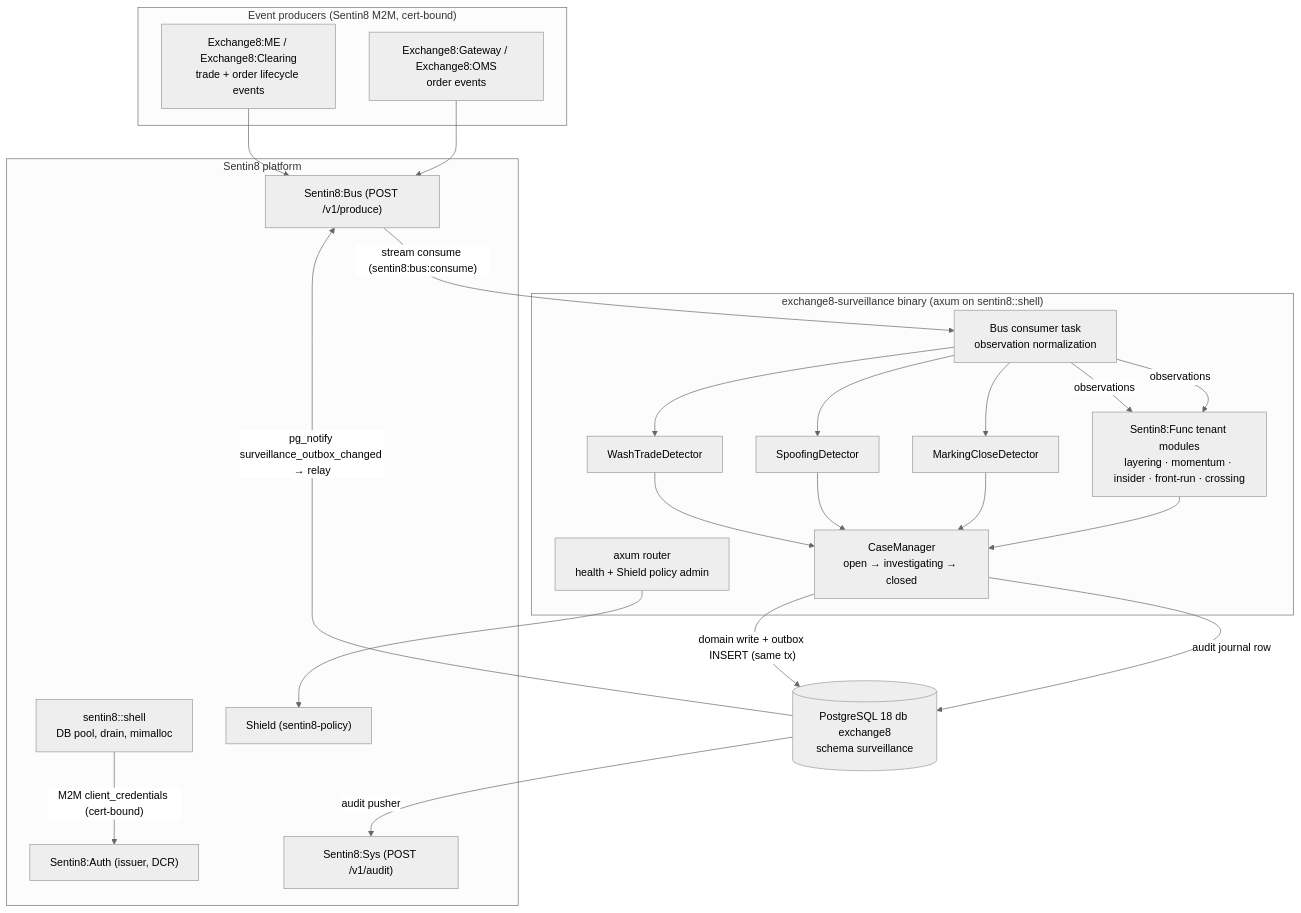
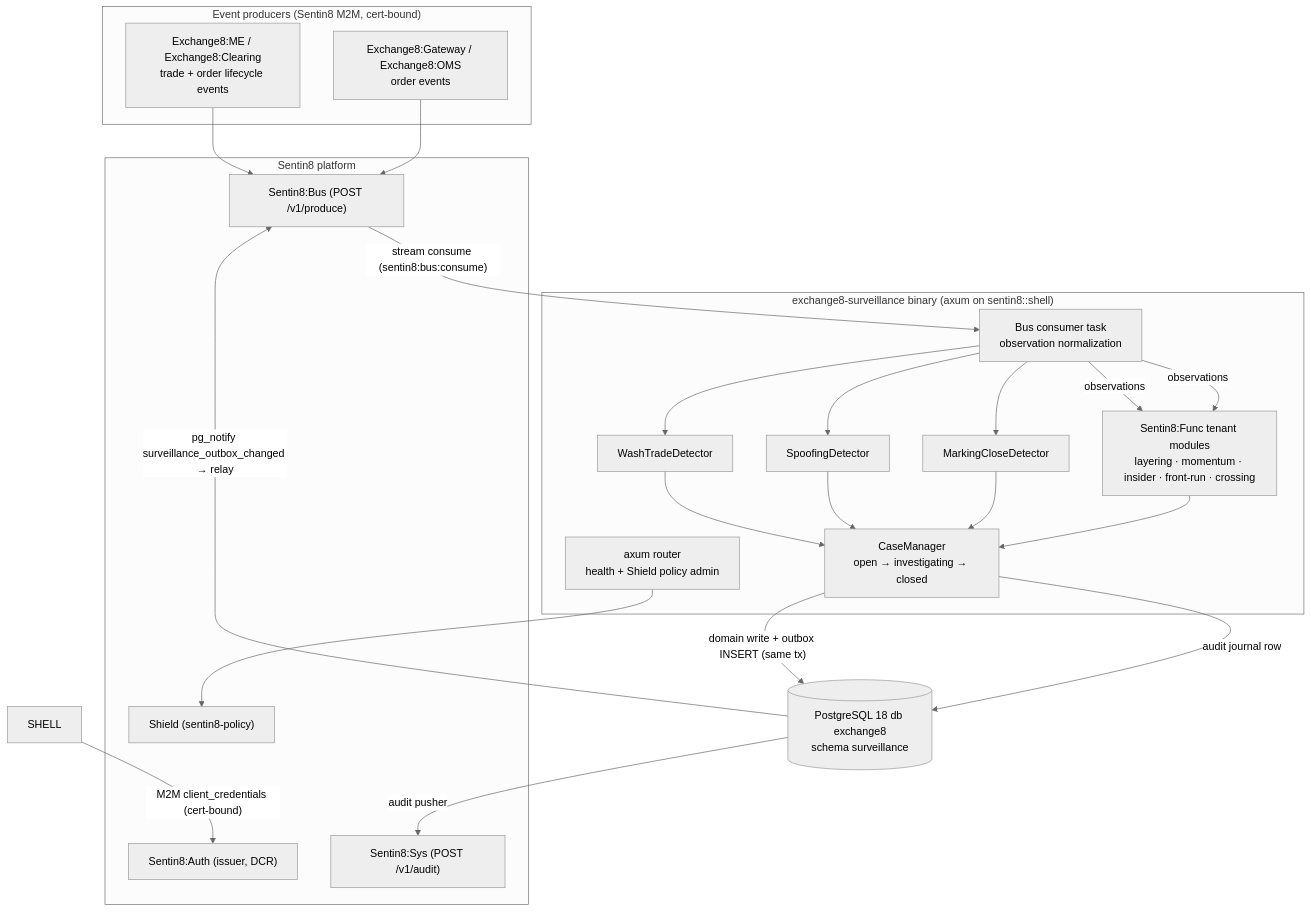
Before and after one commit to Exchange8-dev/exchange8-surveillance: the diagram in README.md, drawn with Mermaid (neutral theme). The commit also changed other lines of this file and 2 other files, not shown here.

Commit message:
TELESEED-1: declare the service's stat telemetry property
The Shield stat emitter publishes frames under the service short name; stat resolves the slug against stat.properties on the platform DB, which a vertical's own init SQL can never reach. The fragment declares telemetry_property (slug + name) and sentin8-cli vertical init/enroll seeds the row (design/sentin8-provisioned-rls-and-telemetry-design.md). Stale mimalloc doc claims are dropped in the same change.

````diff
--- a/README.md
+++ b/README.md
@@ -65,46 +64,45 @@
 ```mermaid
 graph TD
     subgraph producers["Event producers (Sentin8 M2M, cert-bound)"]
         MEW["Exchange8:ME / Exchange8:Clearing<br/>trade + order lifecycle events"]
         GW["Exchange8:Gateway / Exchange8:OMS<br/>order events"]
     end
 
     subgraph svc["exchange8-surveillance binary (axum on sentin8::shell)"]
         CONSUMER["Bus consumer task<br/>observation normalization"]
         WASH["WashTradeDetector"]
         SPOOF["SpoofingDetector"]
         CLOSE["MarkingCloseDetector"]
         FUNC["Sentin8:Func tenant modules<br/>layering · momentum · insider · front-run · crossing"]
         CM["CaseManager<br/>open → investigating → closed"]
         ROUTER["axum router<br/>health + Shield policy admin"]
     end
 
     subgraph platform["Sentin8 platform"]
-        SHELL["sentin8::shell<br/>DB pool, drain, mimalloc"]
         AUTH["Sentin8:Auth (issuer, DCR)"]
         BUS["Sentin8:Bus (POST /v1/produce)"]
         SYS["Sentin8:Sys (POST /v1/audit)"]
         SHIELD["Shield (sentin8-policy)"]
     end
 
     DB[("PostgreSQL 18 db exchange8<br/>schema surveillance")]
 
     MEW --> BUS
     GW --> BUS
     BUS -->|"stream consume (sentin8:bus:consume)"| CONSUMER
     CONSUMER --> WASH
     CONSUMER --> SPOOF
     CONSUMER --> CLOSE
     CONSUMER -->|"observations"| FUNC
     CONSUMER -->|"observations"| FUNC
     WASH --> CM
     SPOOF --> CM
     CLOSE --> CM
     FUNC --> CM
     CM -->|"domain write + outbox INSERT (same tx)"| DB
     CM -->|"audit journal row"| DB
     DB -->|"pg_notify surveillance_outbox_changed → relay"| BUS
     DB -->|"audit pusher"| SYS
     ROUTER --> SHIELD
     SHELL -->|"M2M client_credentials (cert-bound)"| AUTH
 ```
````
